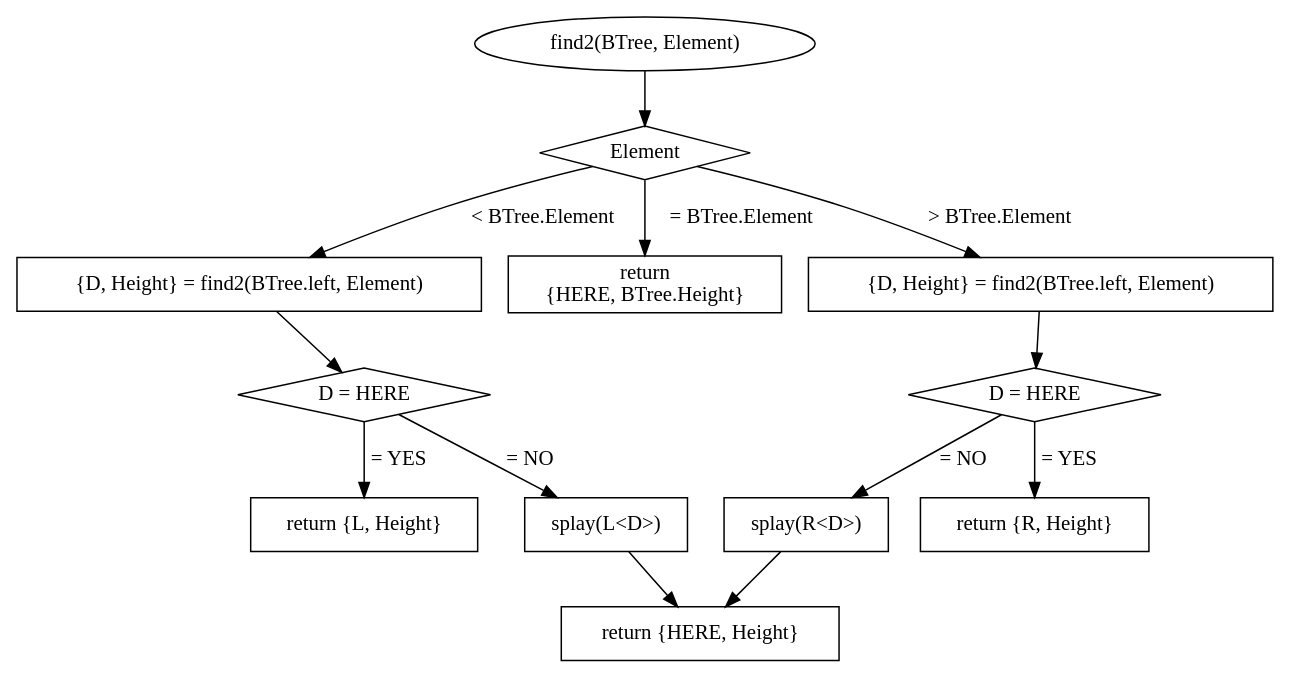
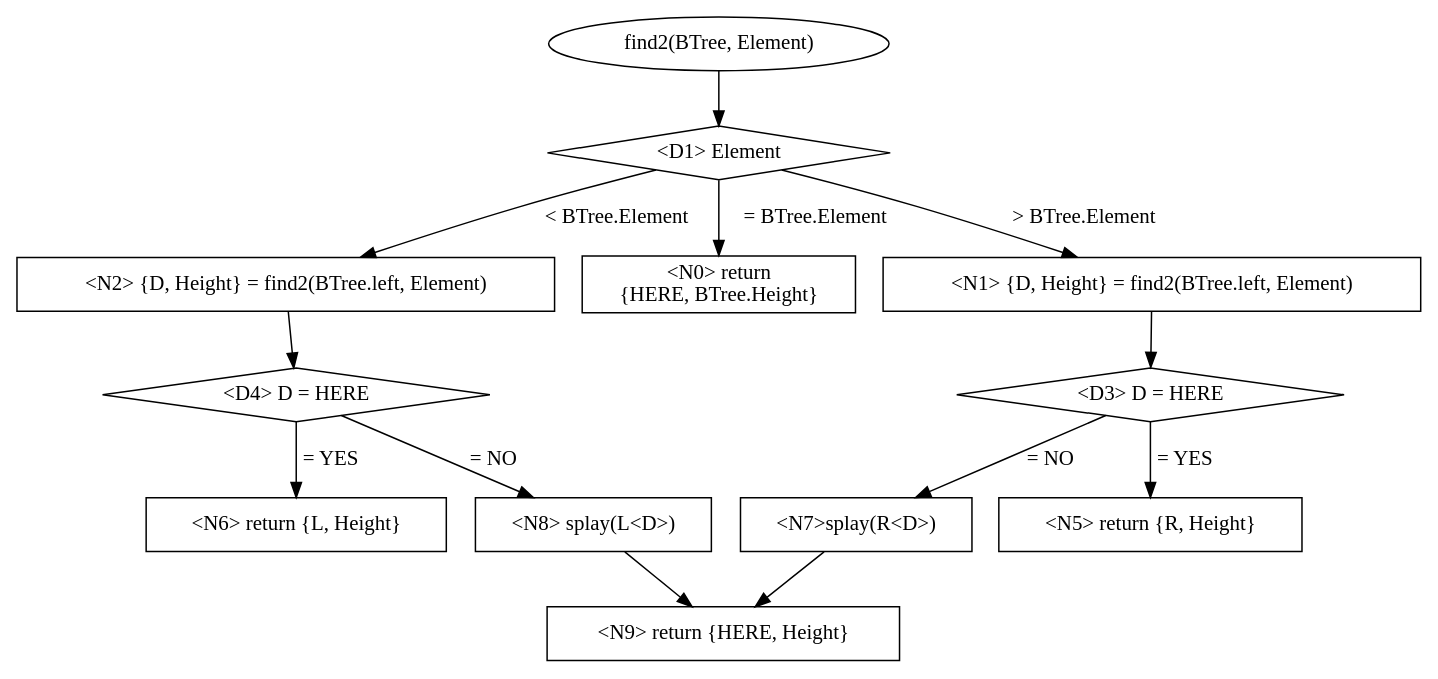
The diagram in doc/graphviz/splayFind2.gv (hugoppp-uni/Hausarbeit-Algorithmen-und-Datenstrukturen), drawn with Graphviz before and after one commit. The commit also changed 5 other files, not shown here.

```diff
--- a/doc/graphviz/splayFind2.gv
+++ b/doc/graphviz/splayFind2.gv
@@ -1,33 +1,33 @@
 digraph G{
 node [shape = box];
 start [label = "find2(BTree, Element)" shape = ellipse]
 start -> b1
-b1[label = "Element" shape = diamond]
+b1[label = "<D1> Element" shape = diamond]
 b1 -> lt [label = " < BTree.Element"]
 b1 -> eq [label = " = BTree.Element"]
 b1 -> gt [label = " > BTree.Element"]
 
-gt[label = "{D, Height} = find2(BTree.left, Element)"]
+gt[label = "<N1> {D, Height} = find2(BTree.left, Element)"]
 gt -> gt2
-gt2[label = "D = HERE" shape = diamond]
+gt2[label = "<D3> D = HERE" shape = diamond]
 gt2 -> gtnh [label="= NO"]
 gt2 -> gth [label="= YES"]
-gth[label = "return {R, Height}"]
-gtnh[label = "splay(R<D>)"]
+gth[label = "<N5> return {R, Height}"]
+gtnh[label = "<N7>splay(R<D>)"]
 gtnh -> Splay
-Splay [label = "return {HERE, Height}"]
+Splay [label = "<N9> return {HERE, Height}"]
 
-eq [label = "return\n{HERE, BTree.Height}"]
+eq [label = "<N0> return\n{HERE, BTree.Height}"]
 
-lt[label = "{D, Height} = find2(BTree.left, Element)"]
+lt[label = "<N2> {D, Height} = find2(BTree.left, Element)"]
 lt -> lt2
-lt2[label = "D = HERE" shape = diamond]
+lt2[label = "<D4> D = HERE" shape = diamond]
 lt2 -> lth [label="= YES"]
 lt2 -> ltnh [label="= NO"]
-lth[label = "return {L, Height}"]
-ltnh[label = "splay(L<D>)"]
+lth[label = "<N6> return {L, Height}"]
+ltnh[label = "<N8> splay(L<D>)"]
 ltnh -> Splay
-Splay [label = "return {HERE, Height}"]
+Splay [label = "<N9> return {HERE, Height}"]
 
 
 }
```
